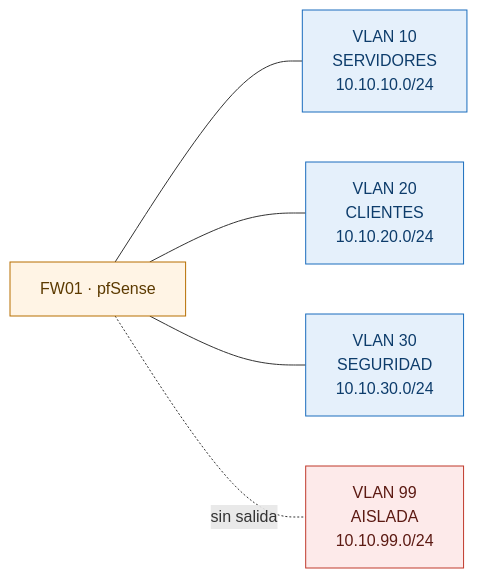
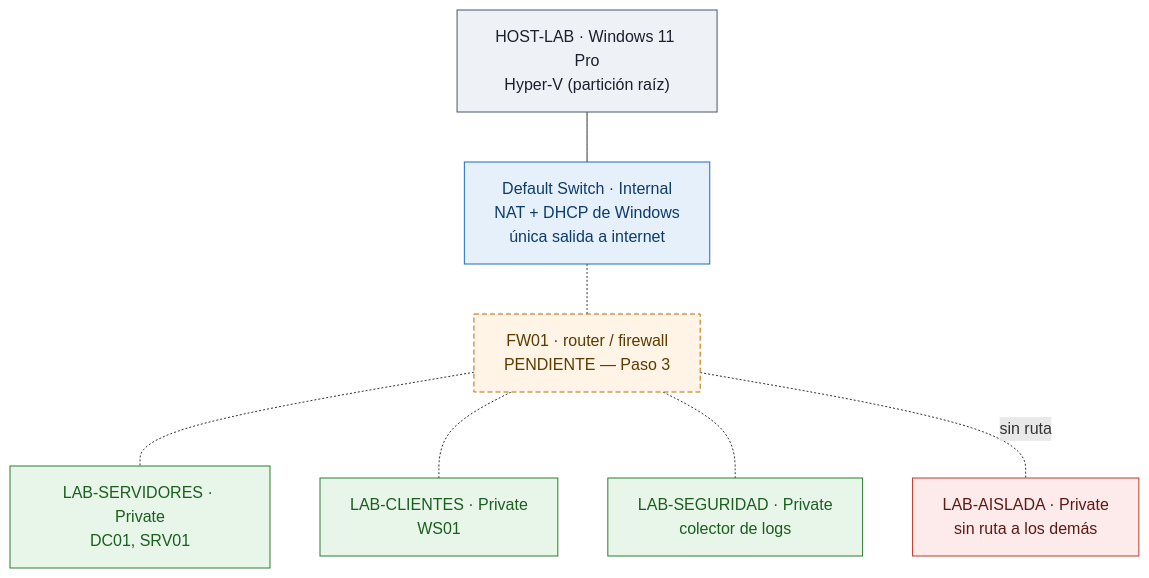
One commit to JoacoLgo/homelab changed the diagram in README.md. Above: the diagram before and after it, drawn with Mermaid. The commit also changed other lines of this file, not shown here.

First line of the commit message:
Reescribe el README con el laboratorio real en Hyper-V

````diff
--- a/README.md
+++ b/README.md
@@ -17,12 +57,24 @@
 ```mermaid
-graph LR
-    FW[FW01 · pfSense]:::fw
-    FW --- V10[VLAN 10<br/>SERVIDORES<br/>10.10.10.0/24]:::v
-    FW --- V20[VLAN 20<br/>CLIENTES<br/>10.10.20.0/24]:::v
-    FW --- V30[VLAN 30<br/>SEGURIDAD<br/>10.10.30.0/24]:::v
-    FW -.sin salida.- V99[VLAN 99<br/>AISLADA<br/>10.10.99.0/24]:::k
+graph TB
+    HOST["HOST-LAB · Windows 11 Pro<br/>Hyper-V (partición raíz)"]:::host
+    NAT["Default Switch · Internal<br/>NAT + DHCP de Windows<br/>única salida a internet"]:::nat
+    FW["FW01 · router / firewall<br/>PENDIENTE — Paso 3"]:::todo
 
-    classDef fw fill:#fff4e5,stroke:#b76e00,color:#5c3a00
-    classDef v fill:#e5f0fb,stroke:#1a6dbd,color:#0d3c6b
-    classDef k fill:#fdeaea,stroke:#c0392b,color:#5c1a13
+    S1["LAB-SERVIDORES · Private<br/>DC01, SRV01"]:::seg
+    S2["LAB-CLIENTES · Private<br/>WS01"]:::seg
+    S3["LAB-SEGURIDAD · Private<br/>colector de logs"]:::seg
+    S4["LAB-AISLADA · Private<br/>sin ruta a los demás"]:::iso
+
+    HOST --- NAT
+    NAT -.- FW
+    FW -.- S1
+    FW -.- S2
+    FW -.- S3
+    FW -.sin ruta.- S4
+
+    classDef host fill:#eef2f7,stroke:#4a5568,color:#1a202c
+    classDef nat fill:#e5f0fb,stroke:#1a6dbd,color:#0d3c6b
+    classDef seg fill:#e8f5e9,stroke:#2e7d32,color:#1b5e20
+    classDef iso fill:#fdeaea,stroke:#c0392b,color:#5c1a13
+    classDef todo fill:#fff4e5,stroke:#b76e00,color:#5c3a00,stroke-dasharray: 5 3
 ```
````
